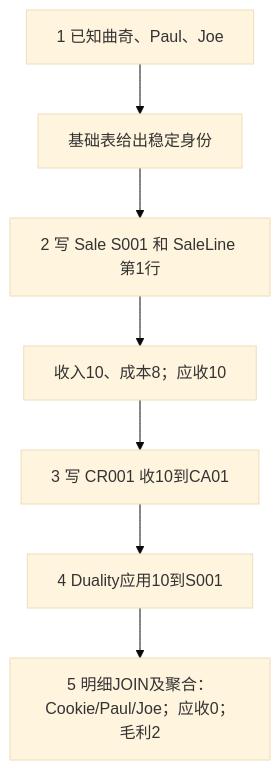
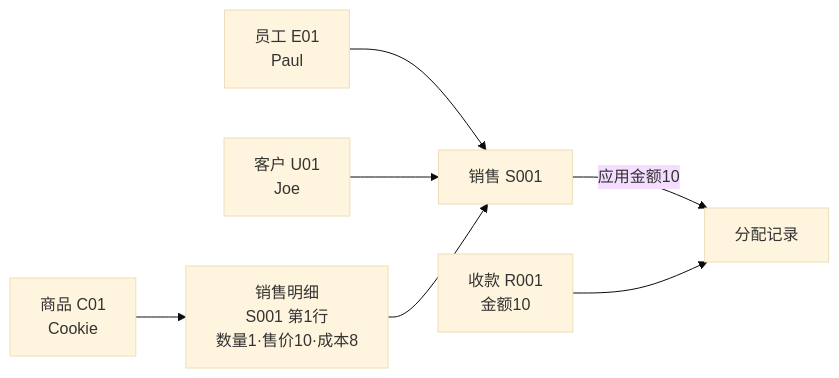
Before and after one commit to CercaTrovato/cityu-ai-course-notes: the first of 12 diagrams in AC6761_Artificial_Intelligence_Accounting/notes/M04-REA会计模型.md, drawn with Mermaid (base theme). The commit also changed other lines of this file and 209 other files, not shown here.

````diff
--- a/AC6761_Artificial_Intelligence_Accounting/notes/M04-REA会计模型.md
+++ b/AC6761_Artificial_Intelligence_Accounting/notes/M04-REA会计模型.md
@@ -1049,9 +1024,9 @@
 ```mermaid
-flowchart TD
- I["1 已知曲奇、Paul、Joe"] --> B["基础表给出稳定身份"]
- B --> S["2 写 Sale S001 和 SaleLine 第1行"]
- S --> R["收入10、成本8；应收10"]
- R --> C["3 写 CR001 收10到CA01"]
- C --> D["4 Duality应用10到S001"]
- D --> Q["5 明细JOIN及聚合：Cookie/Paul/Joe；应收0；毛利2"]
+flowchart LR
+    P["商品 C01<br/>Cookie"] --> L["销售明细<br/>S001 第1行<br/>数量1·售价10·成本8"]
+    E["员工 E01<br/>Paul"] --> S["销售 S001"]
+    C["客户 U01<br/>Joe"] --> S
+    L --> S
+    S -->|"应用金额10"| A["分配记录"]
+    R["收款 R001<br/>金额10"] --> A
 ```
````
